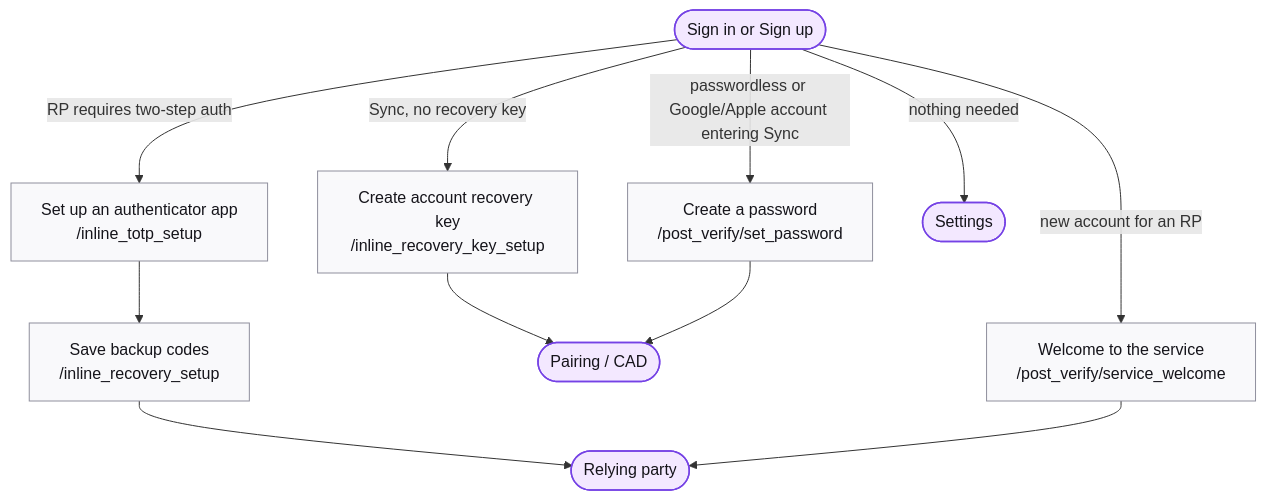
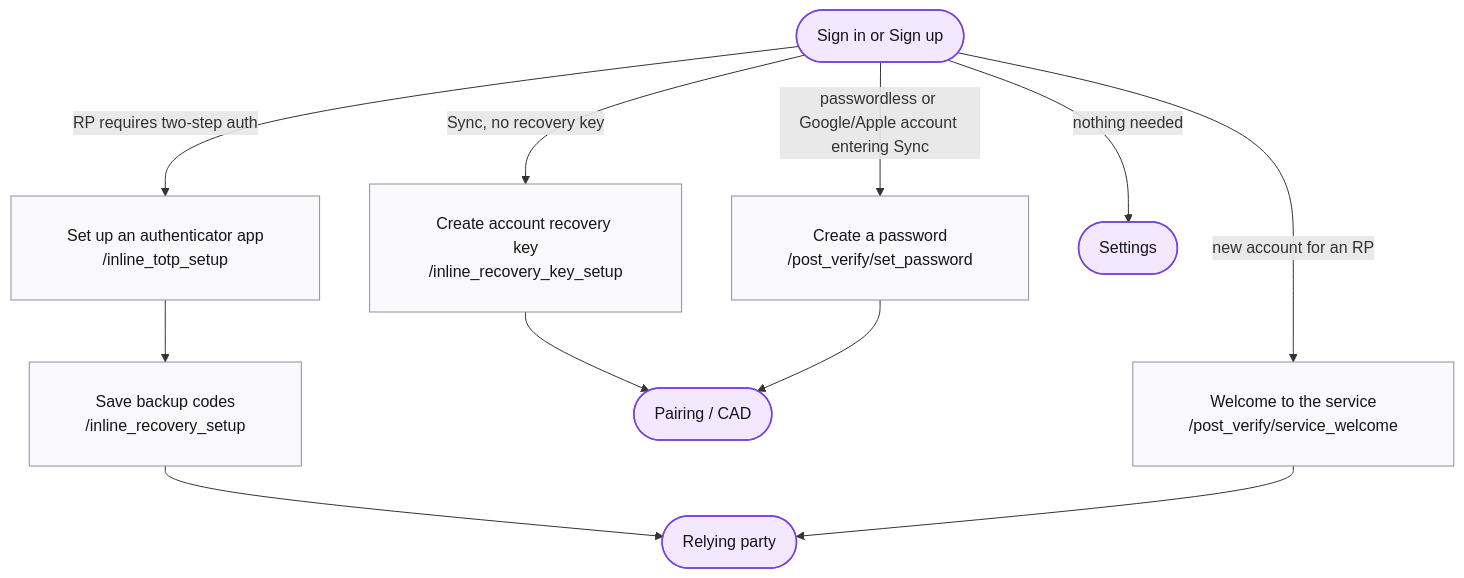
The diagram in docs/fxa-sitemap/flow-post-signin-setup.md (mozilla/ecosystem-platform), drawn with Mermaid before and after one commit. The commit also changed 15 other files, not shown here.

````diff
--- a/docs/fxa-sitemap/flow-post-signin-setup.md
+++ b/docs/fxa-sitemap/flow-post-signin-setup.md
@@ -12,24 +12,25 @@
 ```mermaid
+%%{init: {"flowchart": {"padding": 28}}}%%
 flowchart TD
   auth(["Sign in or Sign up"])
   auth -->|RP requires two-step auth| totp["Set up an authenticator app<br/>/inline_totp_setup"] --> recovery["Save backup codes<br/>/inline_recovery_setup"] --> rp
   auth -->|Sync, no recovery key| key["Create account recovery key<br/>/inline_recovery_key_setup"] --> pair
   auth -->|passwordless or Google/Apple account entering Sync| setpw["Create a password<br/>/post_verify/set_password"] --> pair
   auth -->|new account for an RP| welcome["Welcome to the service<br/>/post_verify/service_welcome"] --> rp
   auth -->|nothing needed| settings(["Settings"])
   rp(["Relying party"])
   pair(["Pairing / CAD"])
   classDef page fill:#deebff,stroke:#0060df,stroke-width:1.5px,color:#15141a
   classDef step fill:#f9f9fb,stroke:#8f8f9d,color:#15141a
   classDef legacy fill:#f0f0f4,stroke:#8f8f9d,stroke-dasharray:5 3,color:#5b5b66
   classDef exit fill:#e3fff3,stroke:#017a40,color:#15141a
   classDef source fill:#fff4de,stroke:#c45a27,color:#15141a
   classDef flow fill:#f3e8ff,stroke:#7542e5,stroke-width:1.5px,color:#15141a
   classDef mode fill:#f0f0f4,stroke:#5b5b66,color:#15141a
   class auth,rp,pair,settings flow
   class totp,recovery,key,setpw,welcome step
   click auth href "/ecosystem-platform/fxa-sitemap/flow-signin"
   click rp href "/ecosystem-platform/fxa-sitemap/flow-oauth-relying-party"
   click pair href "/ecosystem-platform/fxa-sitemap/flow-pairing"
   click settings href "/ecosystem-platform/fxa-sitemap/flow-settings"
 ```
````
